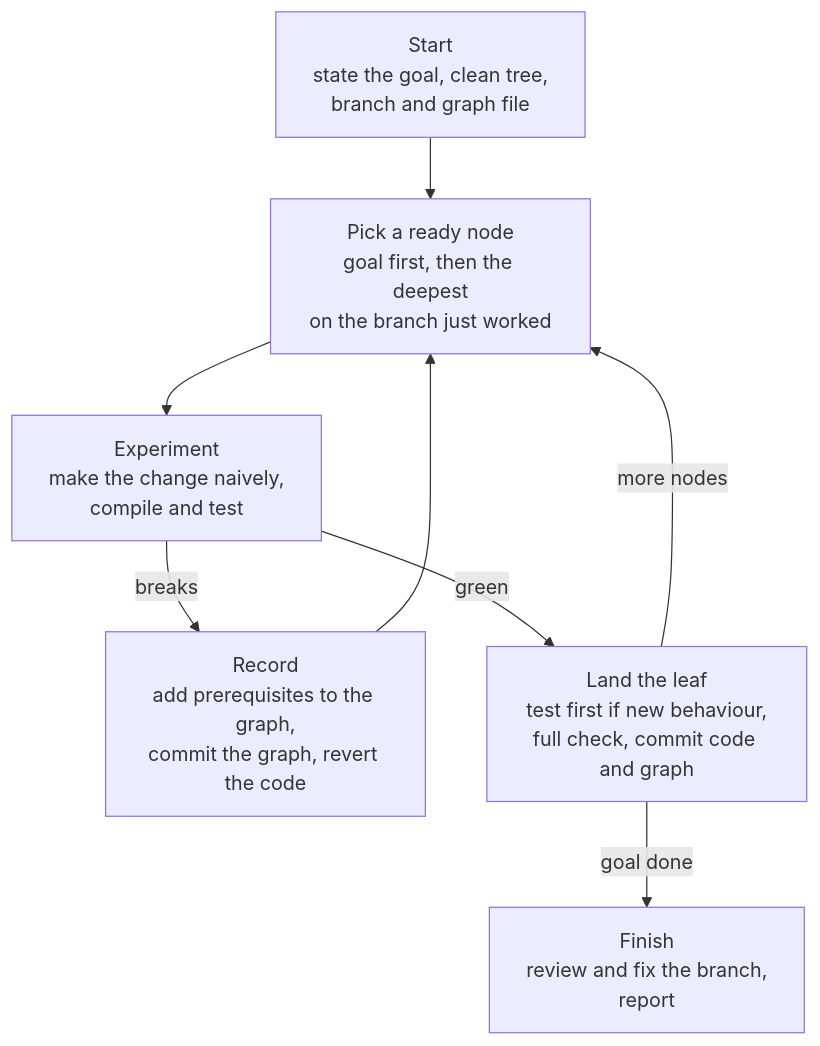
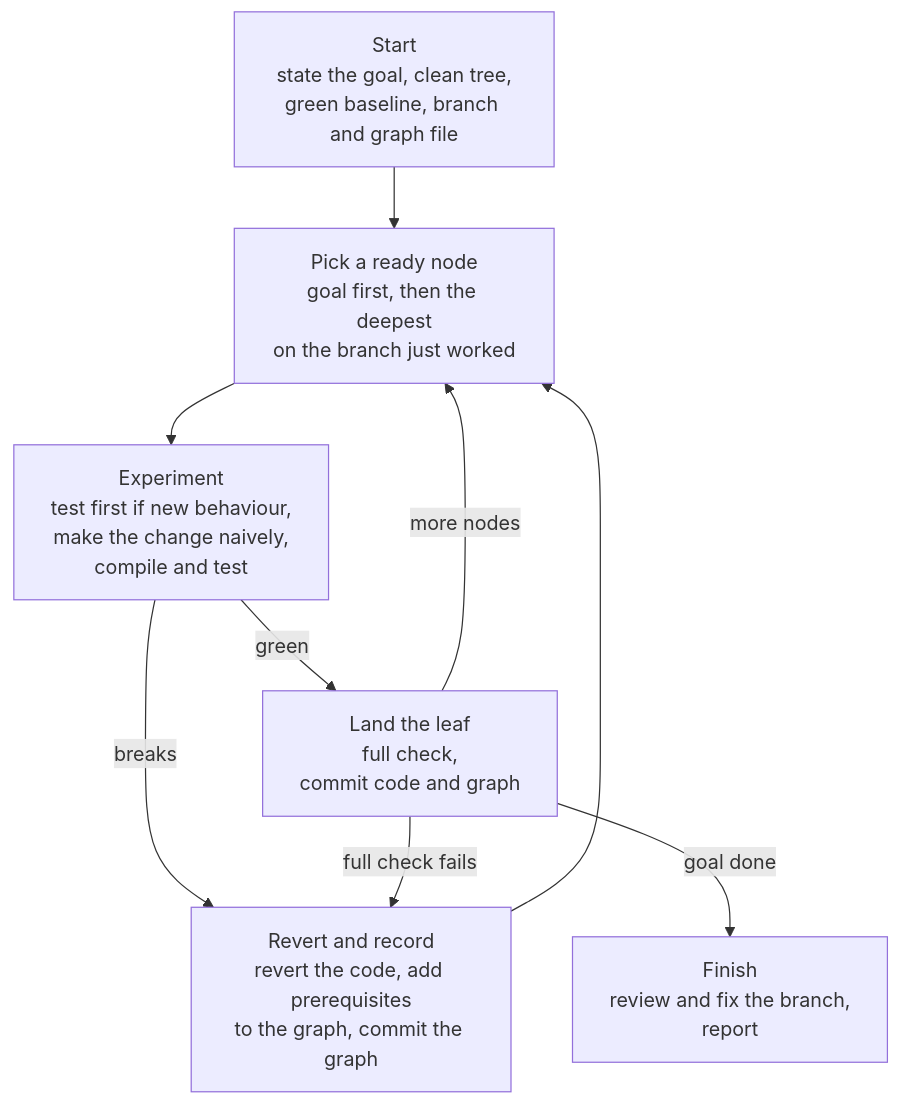
One commit to channingwalton/skills changed the first of 2 diagrams in skills/mikado/README.md. Above: the diagram before and after it, drawn with Mermaid. The commit also changed other lines of this file and 1 other file, not shown here.

First line of the commit message:
mikado: baseline, resume by branch, revert before record

````diff
--- a/skills/mikado/README.md
+++ b/skills/mikado/README.md
@@ -26,15 +26,16 @@
 ```mermaid
 flowchart TD
-    start["Start<br/>state the goal, clean tree,<br/>branch and graph file"]
+    start["Start<br/>state the goal, clean tree,<br/>green baseline, branch and graph file"]
     pick["Pick a ready node<br/>goal first, then the deepest<br/>on the branch just worked"]
-    exp["Experiment<br/>make the change naively,<br/>compile and test"]
-    red["Record<br/>add prerequisites to the graph,<br/>commit the graph, revert the code"]
-    green["Land the leaf<br/>test first if new behaviour,<br/>full check, commit code and graph"]
+    exp["Experiment<br/>test first if new behaviour,<br/>make the change naively,<br/>compile and test"]
+    red["Revert and record<br/>revert the code, add prerequisites<br/>to the graph, commit the graph"]
+    green["Land the leaf<br/>full check,<br/>commit code and graph"]
     finish["Finish<br/>review and fix the branch,<br/>report"]
 
     start --> pick --> exp
     exp -- "breaks" --> red --> pick
     exp -- "green" --> green
+    green -- "full check fails" --> red
     green -- "more nodes" --> pick
     green -- "goal done" --> finish
 ```
````
